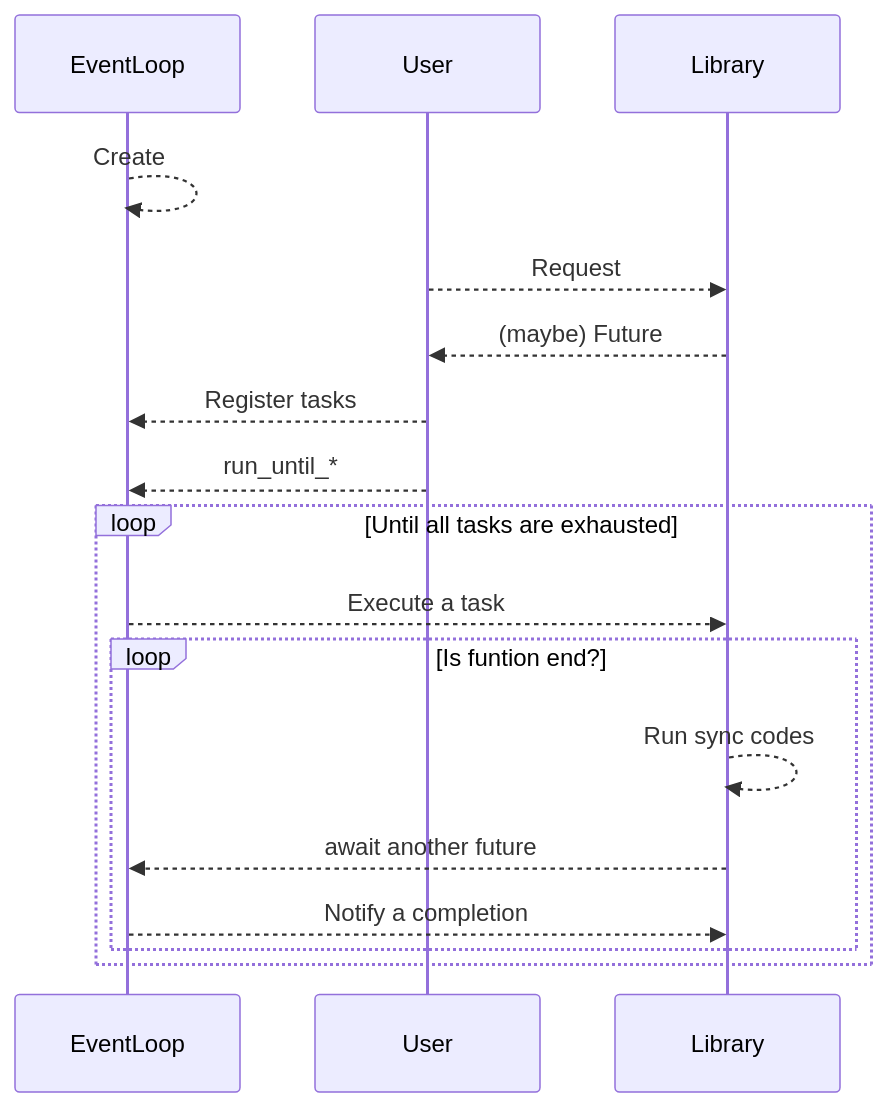
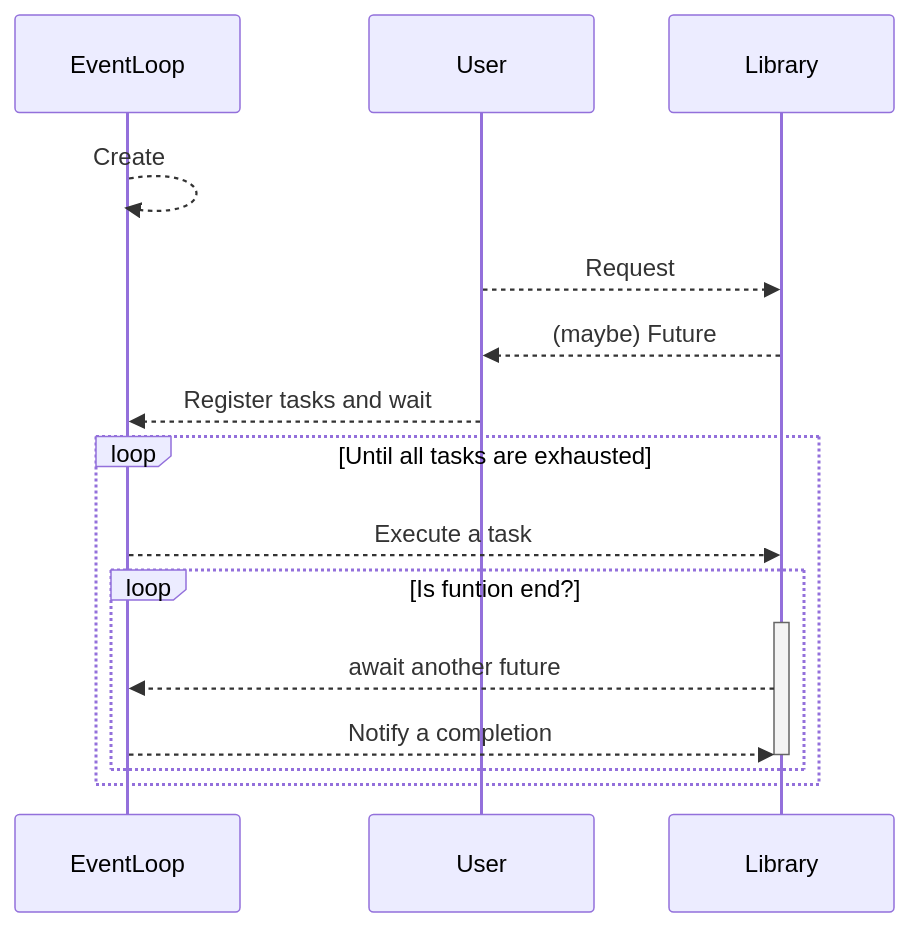
The diagram in images/python_internal.mmd (lacti/async-on-js-py), drawn with Mermaid before and after one commit. The commit also changed 4 other files, not shown here.

```diff
--- a/images/python_internal.mmd
+++ b/images/python_internal.mmd
@@ -1,19 +1,18 @@
 sequenceDiagram
     EventLoop-->>EventLoop: Create
 
     User-->>Library: Request
     Library-->>User: (maybe) Future
 
-    User-->>EventLoop: Register tasks
-    User-->>EventLoop: run_until_*
+    User-->>EventLoop: Register tasks and wait
 
     loop Until all tasks are exhausted
         EventLoop-->>Library: Execute a task
 
         loop Is funtion end?
-            Library-->>Library: Run sync codes
-            Library-->>EventLoop: await another future
-
-            EventLoop-->>Library: Notify a completion
+            activate Library
+                Library-->>EventLoop: await another future
+                EventLoop-->>Library: Notify a completion
+            deactivate Library
         end
     end
```
